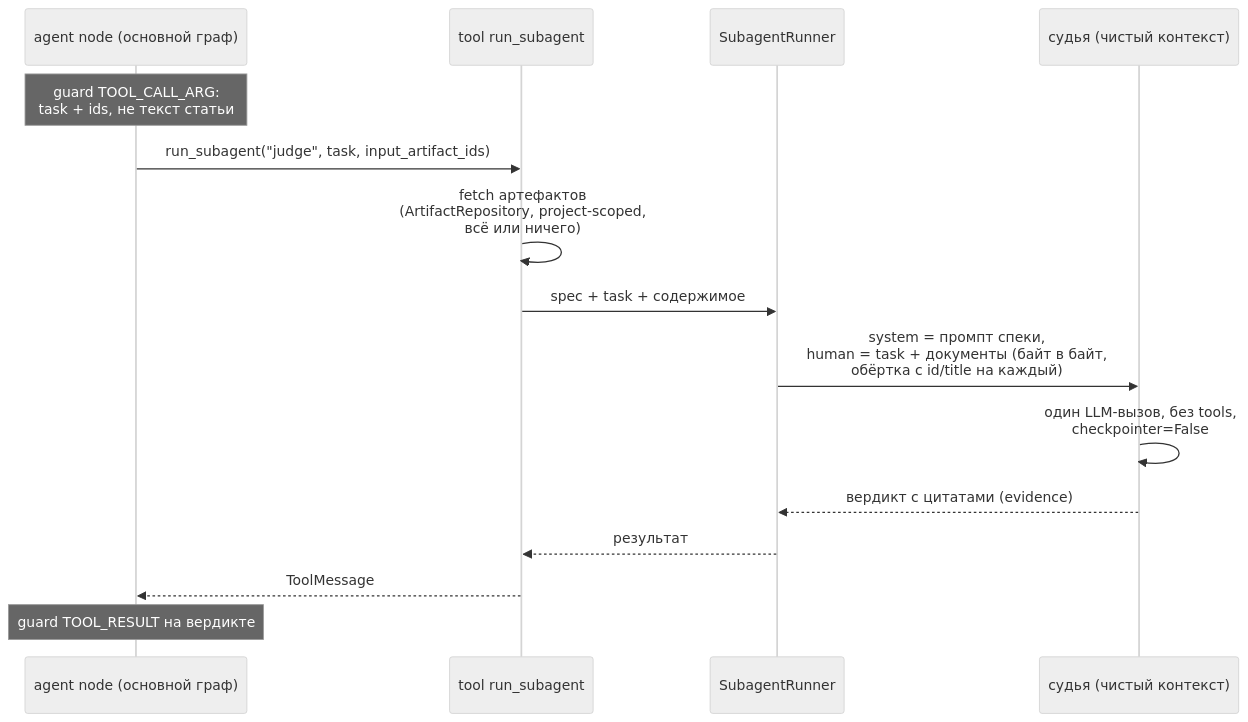
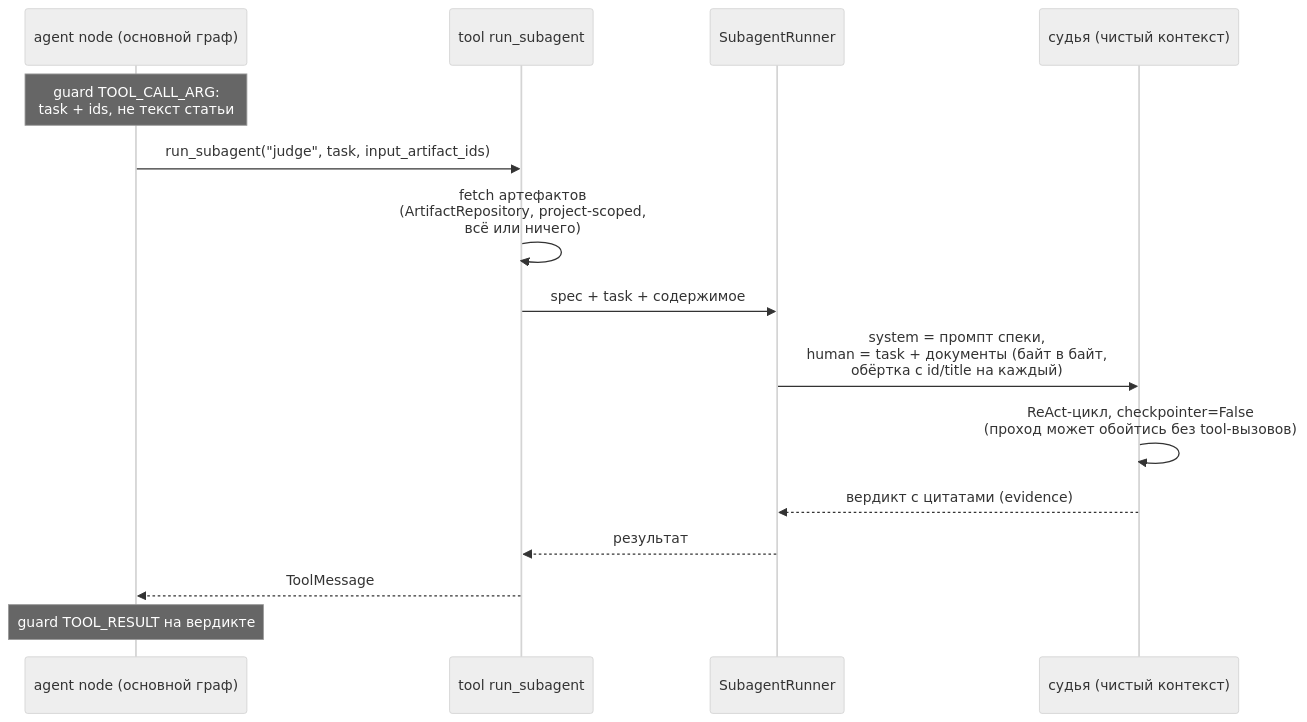
The second of 5 diagrams in doc/tasks/iterations/post-mvp/feat-011-subagents-v1/design-brief.md (Bbar0n234/learnflow-ai), drawn with Mermaid (neutral theme) before and after one commit. The commit also changed other lines of this file and 8 other files, not shown here.

````diff
--- a/doc/tasks/iterations/post-mvp/feat-011-subagents-v1/design-brief.md
+++ b/doc/tasks/iterations/post-mvp/feat-011-subagents-v1/design-brief.md
@@ -64,18 +64,18 @@
 ```mermaid
 sequenceDiagram
     participant AG as agent node (основной граф)
     participant TL as tool run_subagent
     participant RN as SubagentRunner
     participant JG as судья (чистый контекст)
 
     Note over AG: guard TOOL_CALL_ARG:<br/>task + ids, не текст статьи
     AG->>TL: run_subagent("judge", task, input_artifact_ids)
     TL->>TL: fetch артефактов<br/>(ArtifactRepository, project-scoped,<br/>всё или ничего)
     TL->>RN: spec + task + содержимое
     RN->>JG: system = промпт спеки,<br/>human = task + документы (байт в байт,<br/>обёртка с id/title на каждый)
-    JG->>JG: один LLM-вызов, без tools,<br/>checkpointer=False
+    JG->>JG: ReAct-цикл, checkpointer=False<br/>(проход может обойтись без tool-вызовов)
     JG-->>RN: вердикт с цитатами (evidence)
     RN-->>TL: результат
     TL-->>AG: ToolMessage
     Note over AG: guard TOOL_RESULT на вердикте
 ```
````
